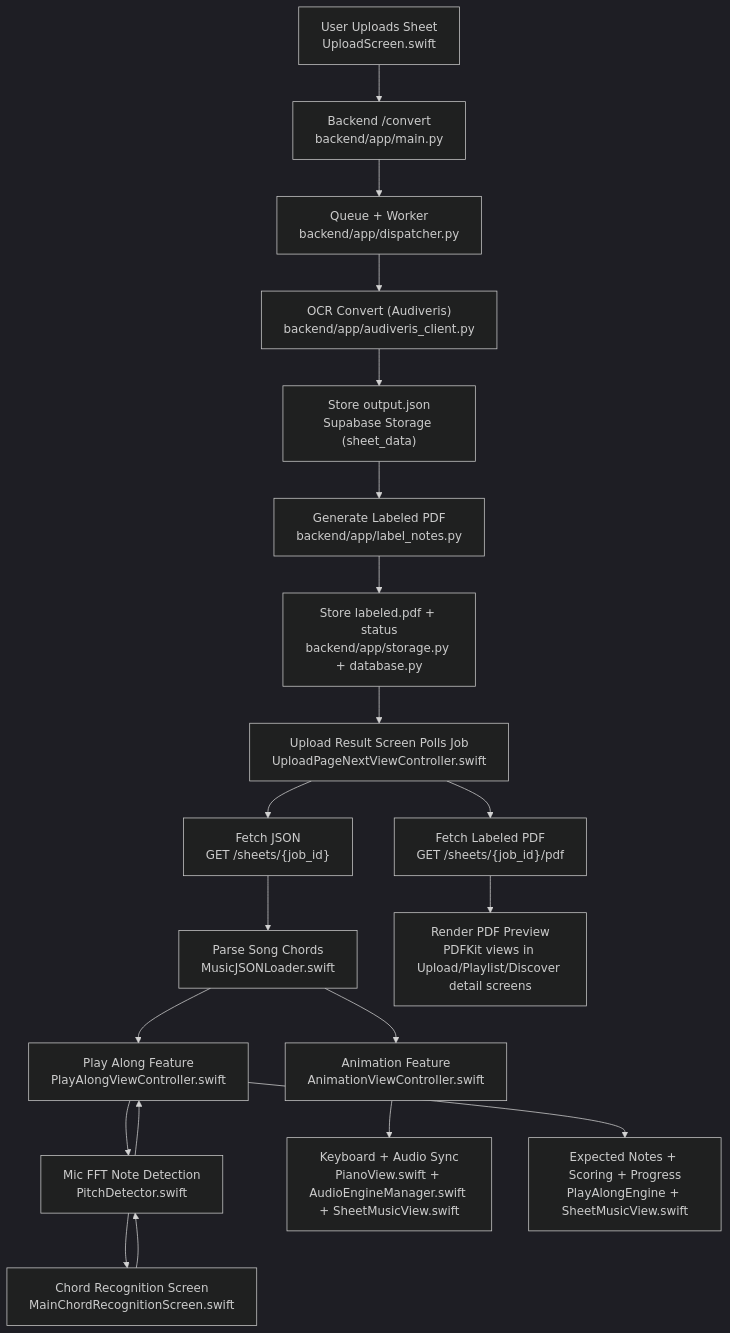
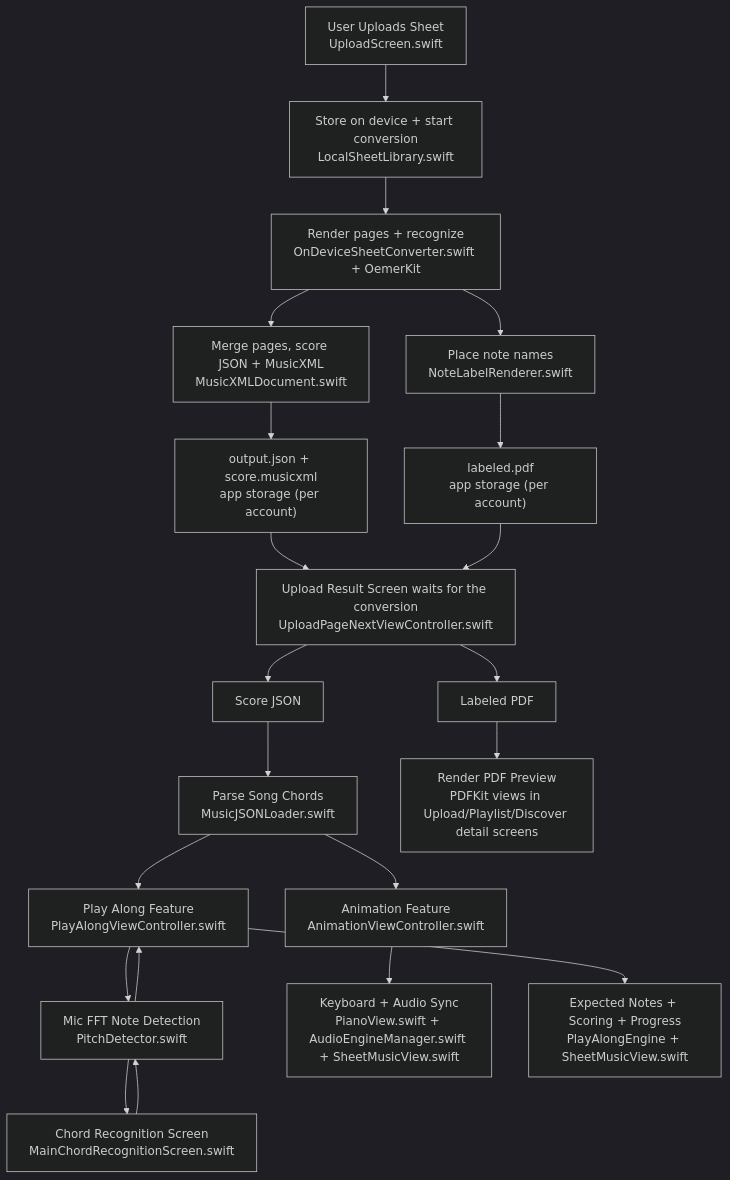
Before and after one commit to devanshsingh005/Re-Hers: the first of 2 diagrams in docs/core-feature-architecture.md, drawn with Mermaid (dark theme). The commit also changed other lines of this file and 9 other files, not shown here.

````diff
--- a/docs/core-feature-architecture.md
+++ b/docs/core-feature-architecture.md
@@ -47,28 +47,29 @@
 ```mermaid
 flowchart TD
-    A["User Uploads Sheet<br/>UploadScreen.swift"] --> B["Backend /convert<br/>backend/app/main.py"]
-    B --> C["Queue + Worker<br/>backend/app/dispatcher.py"]
-    C --> D["OCR Convert (Audiveris)<br/>backend/app/audiveris_client.py"]
-    D --> E["Store output.json<br/>Supabase Storage (sheet_data)"]
-    E --> F["Generate Labeled PDF<br/>backend/app/label_notes.py"]
-    F --> G["Store labeled.pdf + status<br/>backend/app/storage.py + database.py"]
+    A["User Uploads Sheet<br/>UploadScreen.swift"] --> B["Store on device + start conversion<br/>LocalSheetLibrary.swift"]
+    B --> C["Render pages + recognize<br/>OnDeviceSheetConverter.swift + OemerKit"]
+    C --> D["Merge pages, score JSON + MusicXML<br/>MusicXMLDocument.swift"]
+    C --> F["Place note names<br/>NoteLabelRenderer.swift"]
+    D --> G["output.json + score.musicxml<br/>app storage (per account)"]
+    F --> G2["labeled.pdf<br/>app storage (per account)"]
 
-    G --> H["Upload Result Screen Polls Job<br/>UploadPageNextViewController.swift"]
-    H --> I["Fetch JSON<br/>GET /sheets/{job_id}"]
-    H --> J["Fetch Labeled PDF<br/>GET /sheets/{job_id}/pdf"]
+    G --> H["Upload Result Screen waits for the conversion<br/>UploadPageNextViewController.swift"]
+    G2 --> H
+    H --> I["Score JSON"]
+    H --> J["Labeled PDF"]
 
     I --> K["Parse Song Chords<br/>MusicJSONLoader.swift"]
     J --> L["Render PDF Preview<br/>PDFKit views in Upload/Playlist/Discover detail screens"]
 
     K --> M["Animation Feature<br/>AnimationViewController.swift"]
     K --> N["Play Along Feature<br/>PlayAlongViewController.swift"]
 
     N --> O["Mic FFT Note Detection<br/>PitchDetector.swift"]
     O --> N
 
     P["Chord Recognition Screen<br/>MainChordRecognitionScreen.swift"] --> O
     O --> P
 
     M --> Q["Keyboard + Audio Sync<br/>PianoView.swift + AudioEngineManager.swift + SheetMusicView.swift"]
     N --> R["Expected Notes + Scoring + Progress<br/>PlayAlongEngine + SheetMusicView.swift"]
 ```
````
